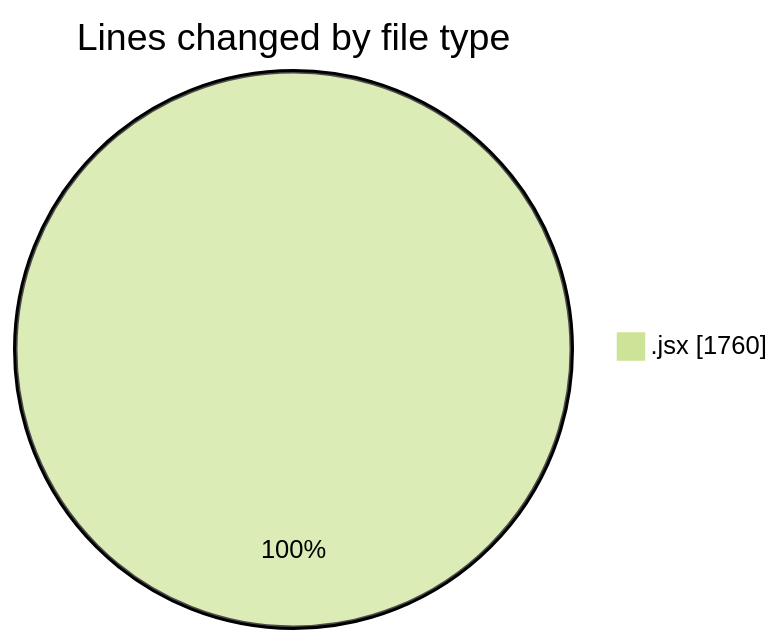
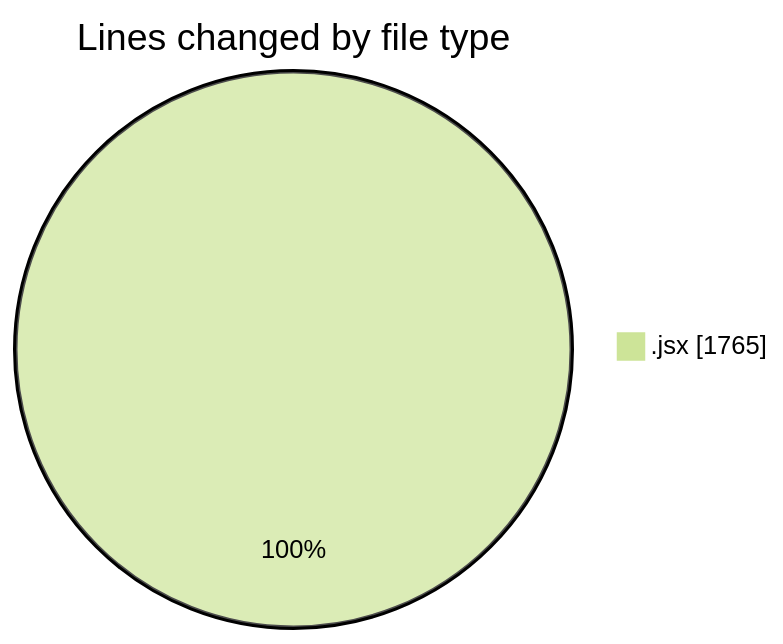
The first of 2 diagrams in 2025-05-26/nxtqube_webapp/README.md (nxtqubesakshisongat/code-tracking), drawn with Mermaid (forest theme) before and after one commit. The commit also changed other lines of this file and 1 other file, not shown here.

````diff
--- a/2025-05-26/nxtqube_webapp/README.md
+++ b/2025-05-26/nxtqube_webapp/README.md
@@ -20,5 +20,5 @@
 ```mermaid
 pie showData
 title Lines changed by file type
-".jsx" : 1760
+".jsx" : 1765
 ```
````
